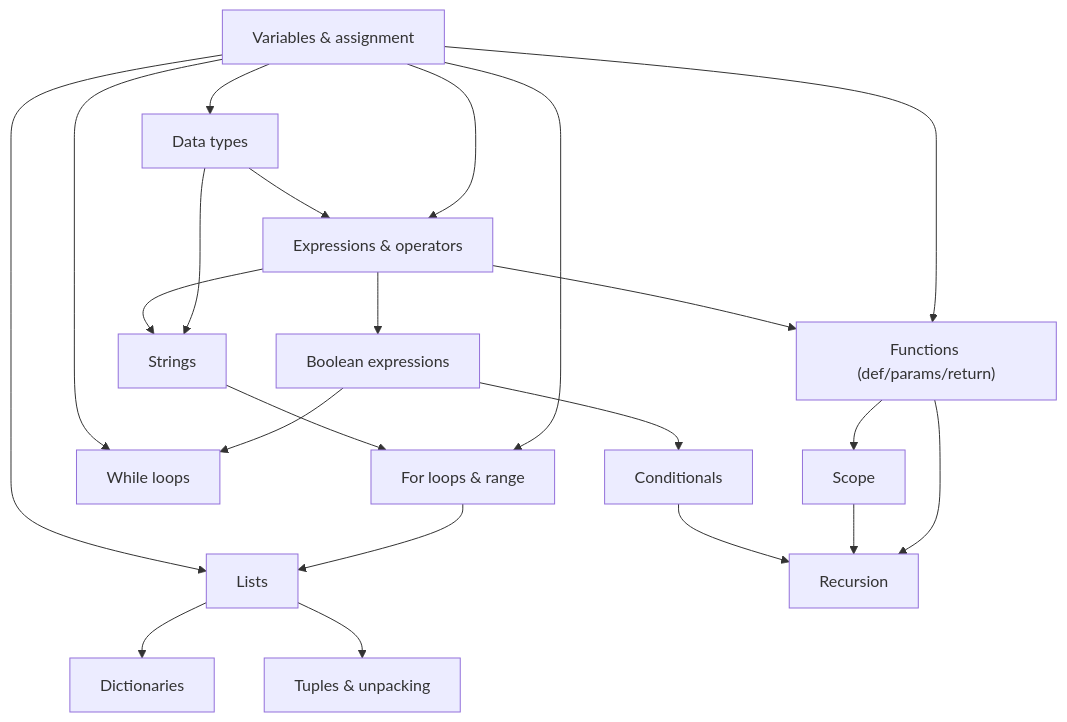
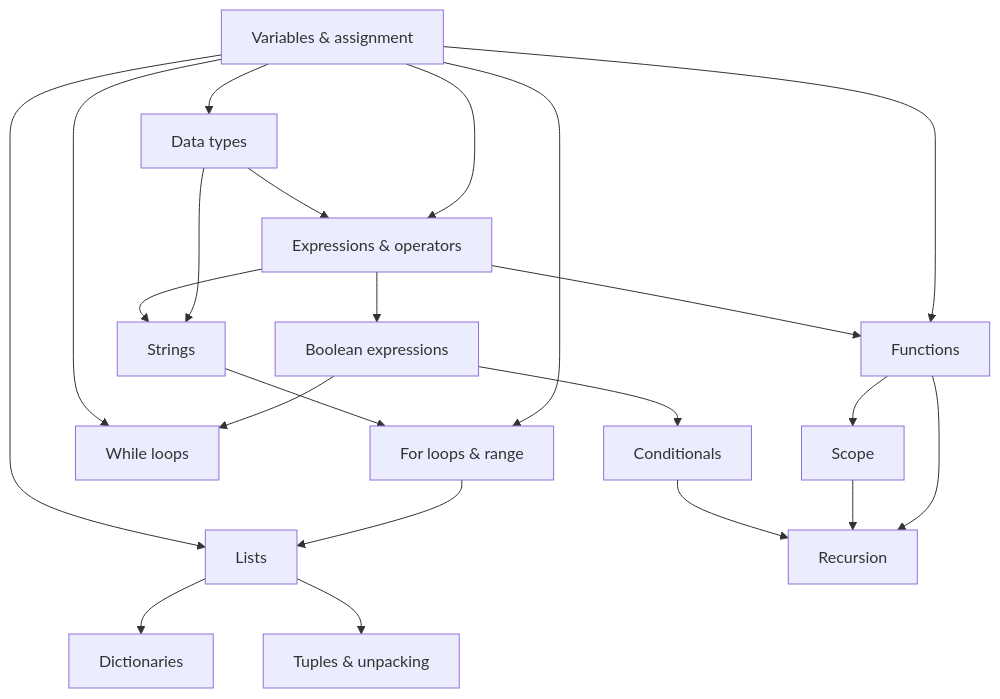
One commit to nguyenTraMy-dasick/adaptive-learning-llm-agent changed the diagram in project/project_1.md. Above: the diagram before and after it, drawn with Mermaid. The commit also changed other lines of this file and 20 other files, not shown here.

````diff
--- a/project/project_1.md
+++ b/project/project_1.md
@@ -28,39 +87,24 @@
 ```mermaid
 flowchart TD
-    VAR["Variables & assignment"]
-    DT["Data types"]
-    EXPR["Expressions & operators"]
-    STR["Strings"]
-    BOOL["Boolean expressions"]
-    COND["Conditionals"]
-    WHILE["While loops"]
-    FOR["For loops & range"]
-    LIST["Lists"]
-    DICT["Dictionaries"]
-    TUP["Tuples & unpacking"]
-    FUNC["Functions (def/params/return)"]
-    SCOPE["Scope"]
-    REC["Recursion"]
-
-    VAR --> DT
-    VAR --> EXPR
+    VAR["Variables & assignment"] --> DT["Data types"]
+    VAR --> EXPR["Expressions & operators"]
     DT --> EXPR
-    DT --> STR
+    DT --> STR["Strings"]
     EXPR --> STR
-    EXPR --> BOOL
-    BOOL --> COND
-    BOOL --> WHILE
+    EXPR --> BOOL["Boolean expressions"]
+    BOOL --> COND["Conditionals"]
+    BOOL --> WHILE["While loops"]
     VAR --> WHILE
-    VAR --> FOR
+    VAR --> FOR["For loops & range"]
     STR --> FOR
-    FOR --> LIST
+    FOR --> LIST["Lists"]
     VAR --> LIST
-    LIST --> DICT
-    LIST --> TUP
-    VAR --> FUNC
+    LIST --> DICT["Dictionaries"]
+    LIST --> TUP["Tuples & unpacking"]
+    VAR --> FUNC["Functions"]
     EXPR --> FUNC
-    FUNC --> SCOPE
-    FUNC --> REC
+    FUNC --> SCOPE["Scope"]
+    FUNC --> REC["Recursion"]
     SCOPE --> REC
     COND --> REC
 ```
````
